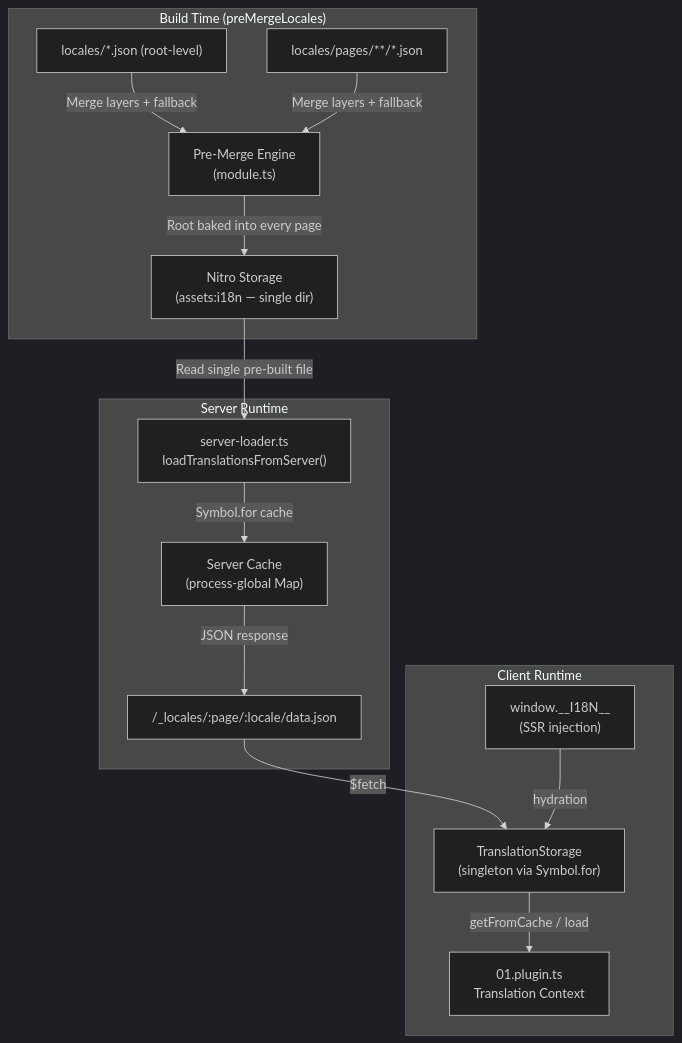
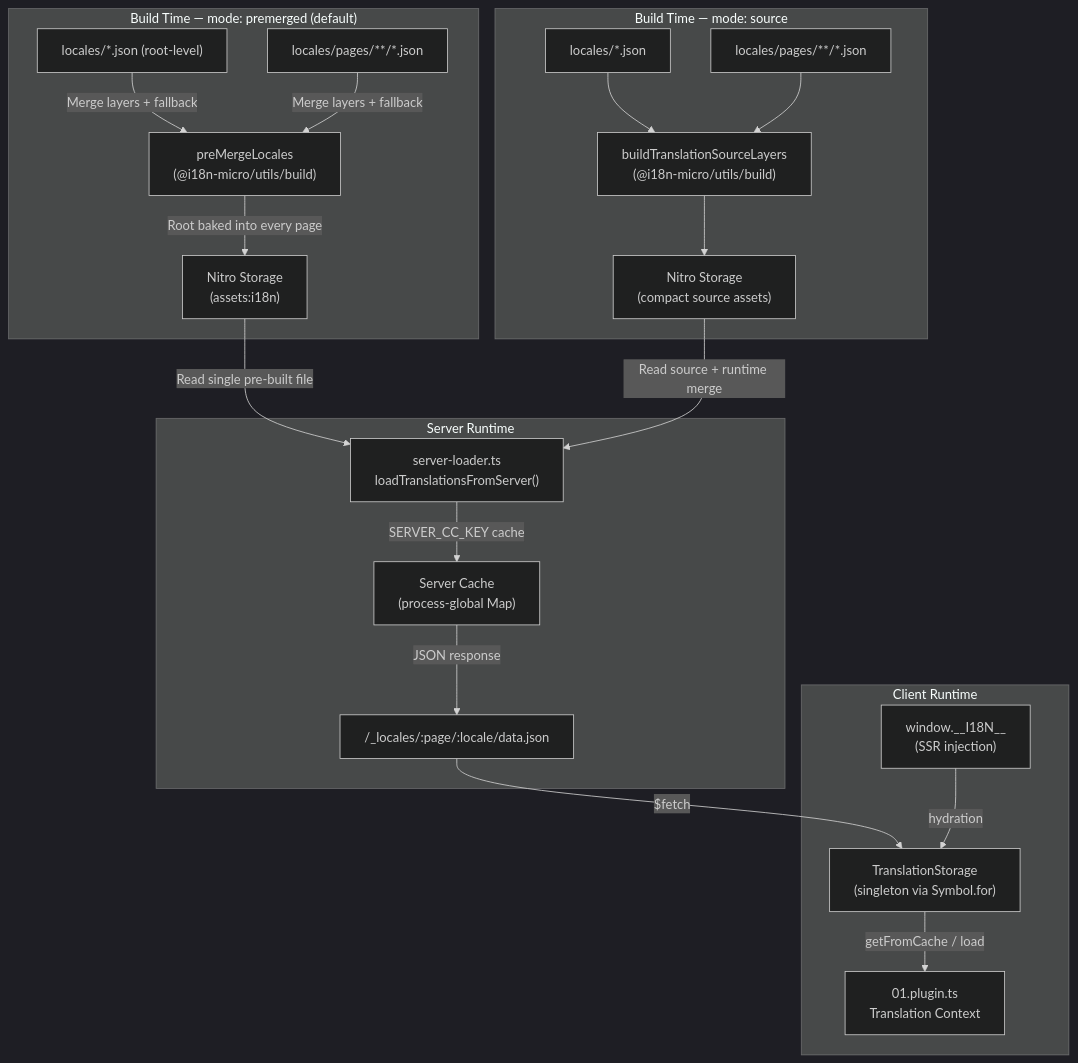
The diagram in docs/api/i18n-cache-api.md (s00d/nuxt-i18n-micro), drawn with Mermaid (dark theme) before and after one commit. The commit also changed other lines of this file and 21 other files, not shown here.

````diff
--- a/docs/api/i18n-cache-api.md
+++ b/docs/api/i18n-cache-api.md
@@ -11,20 +16,27 @@
 ```mermaid
 flowchart TB
-    subgraph Build["Build Time (preMergeLocales)"]
-        F1["locales/*.json (root-level)"] -->|Merge layers + fallback| PM["Pre-Merge Engine<br/>(module.ts)"]
+    subgraph BuildPremerged["Build Time — mode: premerged (default)"]
+        F1["locales/*.json (root-level)"] -->|Merge layers + fallback| PM["preMergeLocales<br/>(@i18n-micro/utils/build)"]
         F2["locales/pages/**/*.json"] -->|Merge layers + fallback| PM
-        PM -->|"Root baked into every page"| NS["Nitro Storage<br/>(assets:i18n — single dir)"]
+        PM -->|"Root baked into every page"| NS1["Nitro Storage<br/>(assets:i18n)"]
+    end
+
+    subgraph BuildSource["Build Time — mode: source"]
+        SF1["locales/*.json"] --> SLayers["buildTranslationSourceLayers<br/>(@i18n-micro/utils/build)"]
+        SF2["locales/pages/**/*.json"] --> SLayers
+        SLayers --> NS2["Nitro Storage<br/>(compact source assets)"]
     end
 
     subgraph Server["Server Runtime"]
-        NS -->|"Read single pre-built file"| SL["server-loader.ts<br/>loadTranslationsFromServer()"]
-        SL -->|Symbol.for cache| SC["Server Cache<br/>(process-global Map)"]
+        NS1 -->|"Read single pre-built file"| SL["server-loader.ts<br/>loadTranslationsFromServer()"]
+        NS2 -->|"Read source + runtime merge"| SL
+        SL -->|SERVER_CC_KEY cache| SC["Server Cache<br/>(process-global Map)"]
         SC -->|JSON response| API["/_locales/:page/:locale/data.json"]
     end
 
     subgraph Client["Client Runtime"]
         API -->|$fetch| TS["TranslationStorage<br/>(singleton via Symbol.for)"]
         SSR["window.__I18N__<br/>(SSR injection)"] -->|hydration| TS
         TS -->|getFromCache / load| PL["01.plugin.ts<br/>Translation Context"]
     end
 ```
````
